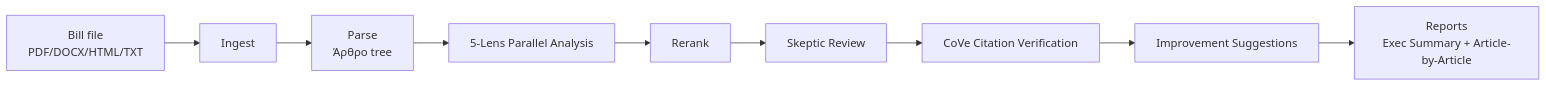
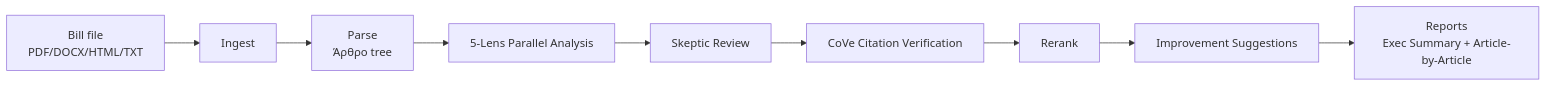
Before and after one commit to georgehadji/Leggie: the diagram in README.md, drawn with Mermaid. The commit also changed 7 other files, not shown here.

````diff
--- a/README.md
+++ b/README.md
@@ -16,11 +16,11 @@
 ```mermaid
 flowchart LR
     A[Bill file<br/>PDF/DOCX/HTML/TXT] --> B[Ingest]
     B --> C[Parse<br/>Άρθρο tree]
     C --> D[5-Lens Parallel Analysis]
-    D --> E[Rerank]
-    E --> F[Skeptic Review]
-    F --> G[CoVe Citation Verification]
+    D --> E[Skeptic Review]
+    E --> F[CoVe Citation Verification]
+    F --> G[Rerank]
     G --> H[Improvement Suggestions]
     H --> I[Reports<br/>Exec Summary + Article-by-Article]
 ```
````
